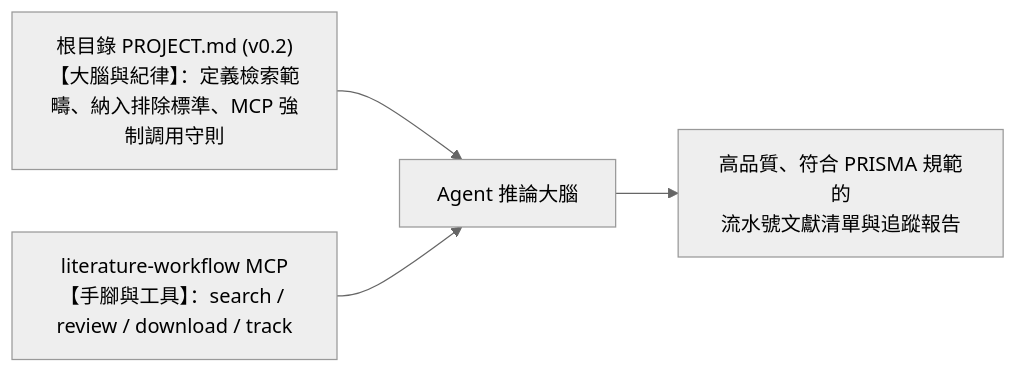
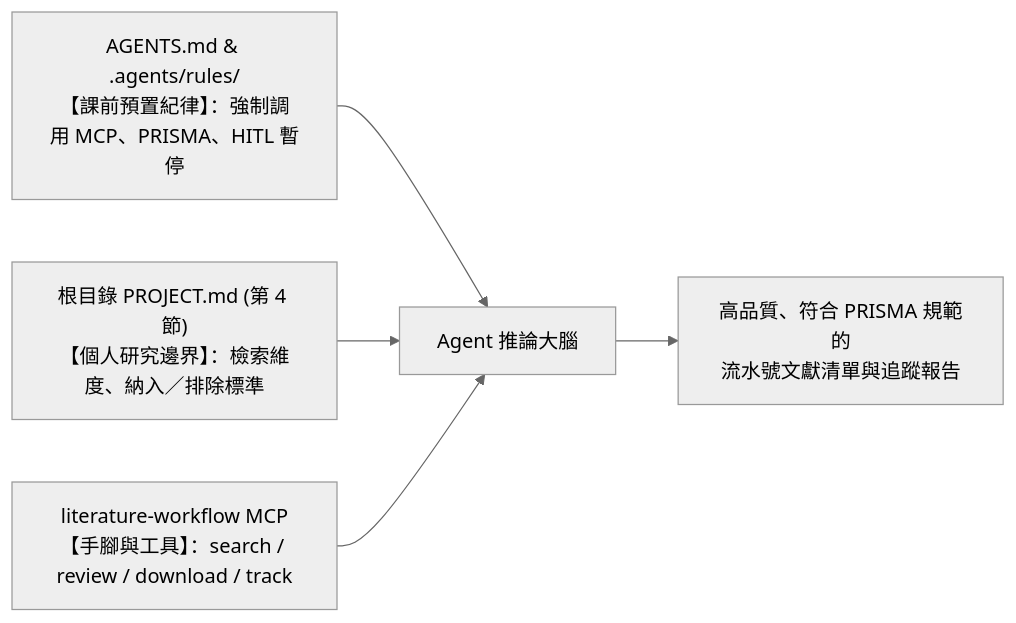
Before and after one commit to sungchien/literature_agent: the second of 2 diagrams in 02_智慧文獻爬梳與學術文字工程.md, drawn with Mermaid (neutral theme). The commit also changed other lines of this file and 20 other files, not shown here.

Commit message:
AGENTS.md .agents/rules

````diff
--- a/02_智慧文獻爬梳與學術文字工程.md
+++ b/02_智慧文獻爬梳與學術文字工程.md
@@ -570,6 +572,7 @@
 ```mermaid
 flowchart LR
-    Proj["根目錄 PROJECT.md (v0.2)<br/>【大腦與紀律】：定義檢索範疇、納入排除標準、MCP 強制調用守則"] --> LLM["Agent 推論大腦"]
+    Rules["AGENTS.md & .agents/rules/<br/>【課前預置紀律】：強制調用 MCP、PRISMA、HITL 暫停"] --> LLM["Agent 推論大腦"]
+    Proj["根目錄 PROJECT.md (第 4 節)<br/>【個人研究邊界】：檢索維度、納入／排除標準"] --> LLM
     MCP["literature-workflow MCP<br/>【手腳與工具】：search / review / download / track"] --> LLM
     LLM --> Out["高品質、符合 PRISMA 規範的<br/>流水號文獻清單與追蹤報告"]
 ```
````
